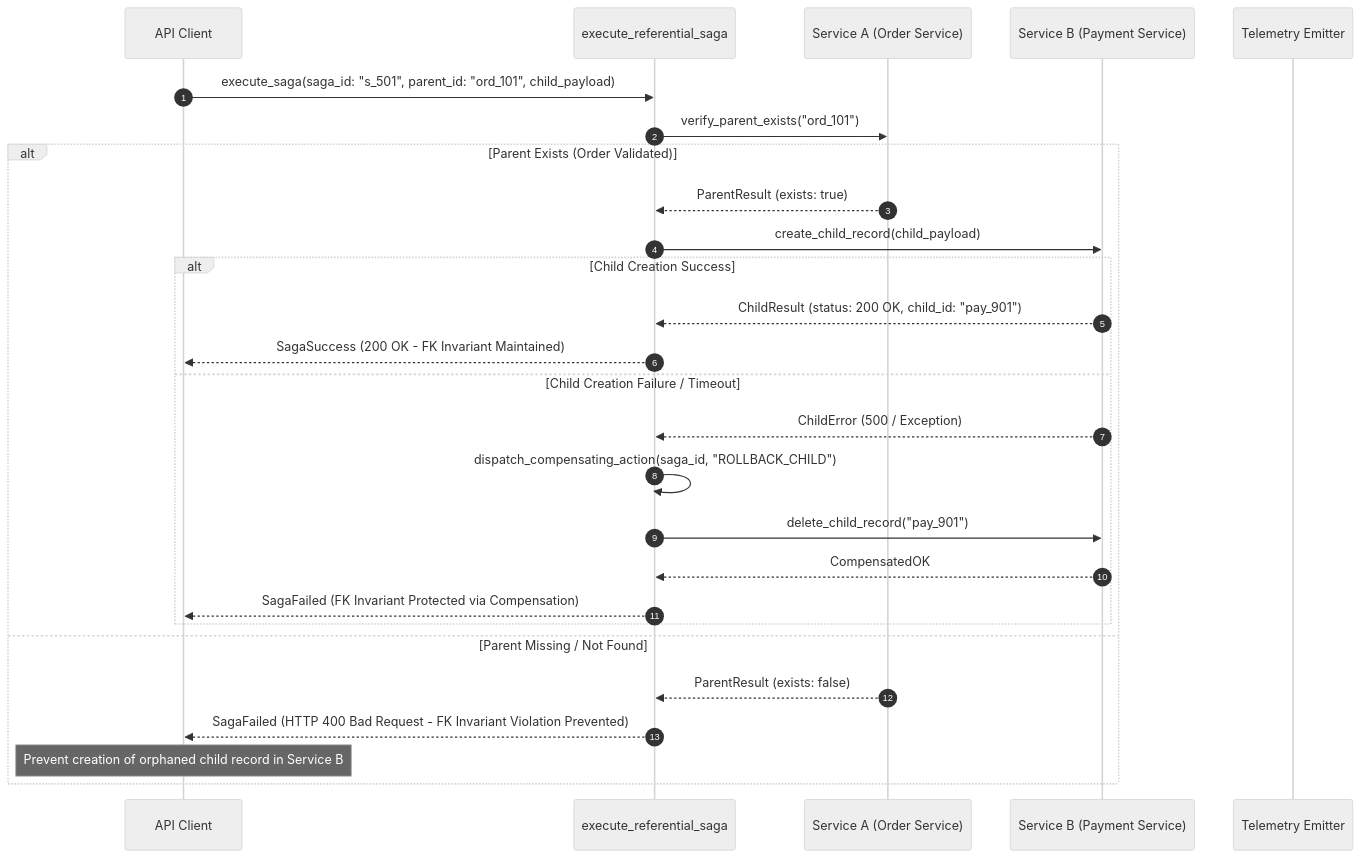
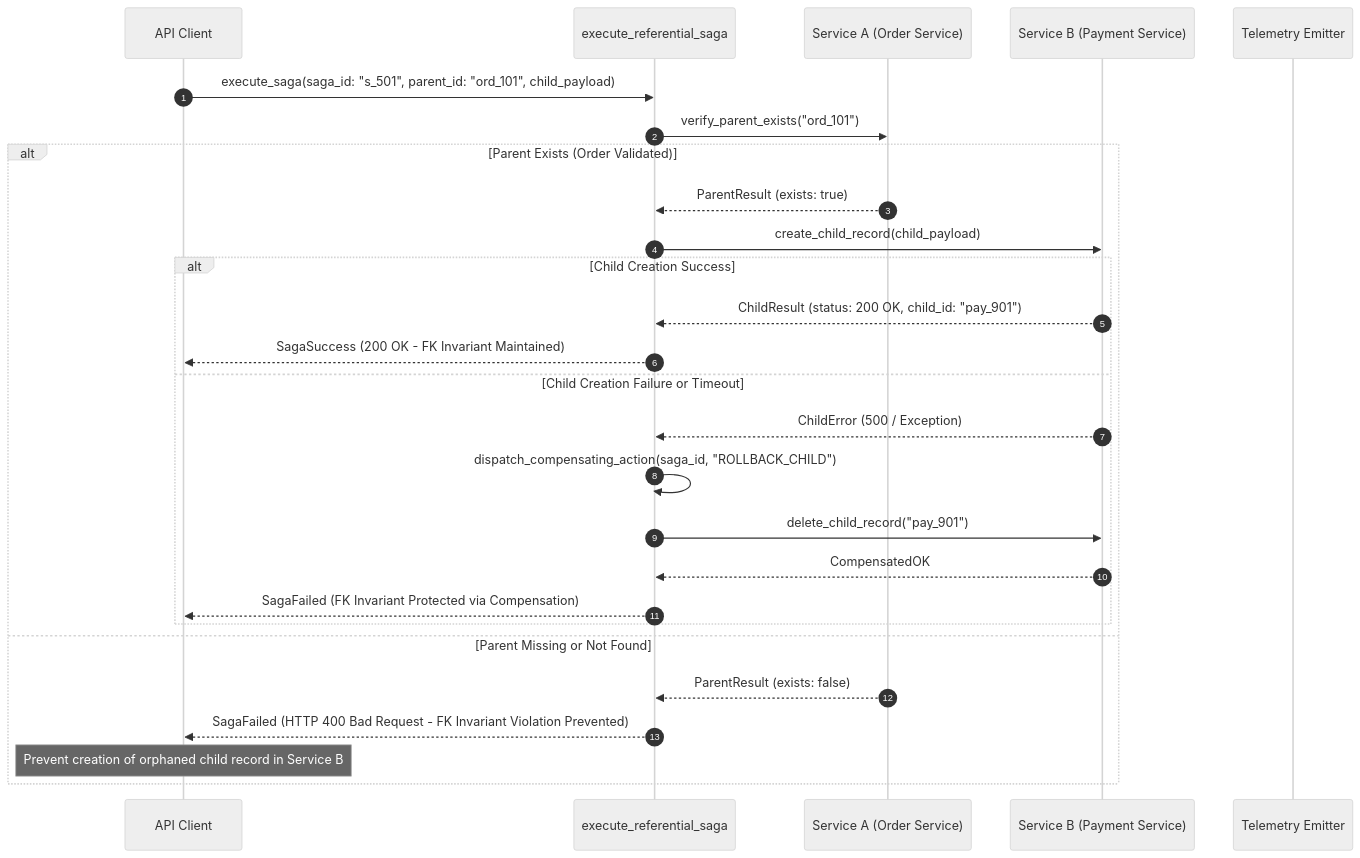
Before and after one commit to Chief-Strategist-J/llm-observability-platform: the second of 2 diagrams in notebooks/runbooks/refs/08-data-translation-and-sagas/referential-integrity-saga.md, drawn with Mermaid (neutral theme). The commit also changed 52 other files, not shown here.

Commit message:
fix(docs): resolve all Mermaid diagram syntax errors across runbook suite

````diff
--- a/notebooks/runbooks/refs/08-data-translation-and-sagas/referential-integrity-saga.md
+++ b/notebooks/runbooks/refs/08-data-translation-and-sagas/referential-integrity-saga.md
@@ -61,33 +61,33 @@
 ```mermaid
 sequenceDiagram
     autonumber
     participant Client as API Client
     participant Saga as execute_referential_saga
     participant OrderSvc as Service A (Order Service)
     participant PaymentSvc as Service B (Payment Service)
     participant Audit as Telemetry Emitter
 
     Client->>Saga: execute_saga(saga_id: "s_501", parent_id: "ord_101", child_payload)
     
     Saga->>OrderSvc: verify_parent_exists("ord_101")
     
     alt Parent Exists (Order Validated)
         OrderSvc-->>Saga: ParentResult (exists: true)
         Saga->>PaymentSvc: create_child_record(child_payload)
         
         alt Child Creation Success
             PaymentSvc-->>Saga: ChildResult (status: 200 OK, child_id: "pay_901")
             Saga-->>Client: SagaSuccess (200 OK - FK Invariant Maintained)
-        else Child Creation Failure / Timeout
+        else Child Creation Failure or Timeout
             PaymentSvc-->>Saga: ChildError (500 / Exception)
             Saga->>Saga: dispatch_compensating_action(saga_id, "ROLLBACK_CHILD")
             Saga->>PaymentSvc: delete_child_record("pay_901")
             PaymentSvc-->>Saga: CompensatedOK
             Saga-->>Client: SagaFailed (FK Invariant Protected via Compensation)
         end
-    else Parent Missing / Not Found
+    else Parent Missing or Not Found
         OrderSvc-->>Saga: ParentResult (exists: false)
         Saga-->>Client: SagaFailed (HTTP 400 Bad Request - FK Invariant Violation Prevented)
         Note over Client: Prevent creation of orphaned child record in Service B
     end
 ```
````
